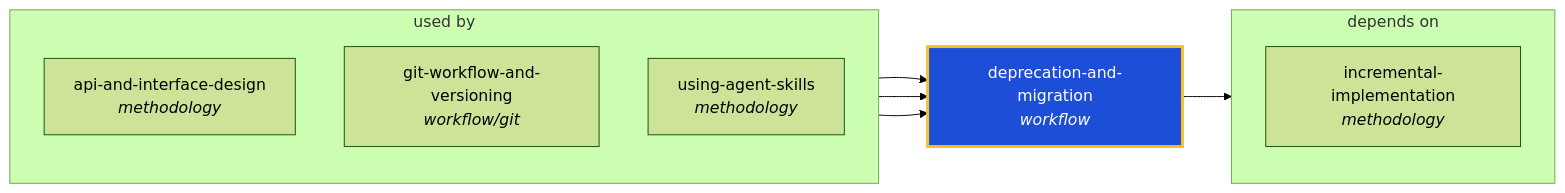
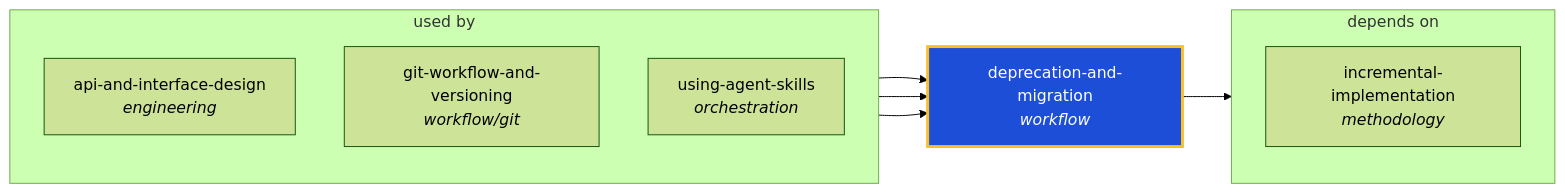
The diagram in docs/graphs/generated/deprecation-and-migration.md (ThePlenkov/skills), drawn with Mermaid (forest theme) before and after one commit. The commit also changed 76 other files, not shown here.

````diff
--- a/docs/graphs/generated/deprecation-and-migration.md
+++ b/docs/graphs/generated/deprecation-and-migration.md
@@ -22,22 +22,22 @@
 ```mermaid
 graph LR
   deprecation_and_migration["deprecation-and-migration<br/><i>workflow</i>"]
   classDef center fill:#1d4ed8,stroke:#fbbf24,stroke-width:3px,color:#fff
   class deprecation_and_migration center
 
   subgraph sg_used_by["used by"]
     direction TB
-    api_and_interface_design["api-and-interface-design<br/><i>methodology</i>"]
+    api_and_interface_design["api-and-interface-design<br/><i>engineering</i>"]
     git_workflow_and_versioning["git-workflow-and-versioning<br/><i>workflow/git</i>"]
-    using_agent_skills["using-agent-skills<br/><i>methodology</i>"]
+    using_agent_skills["using-agent-skills<br/><i>orchestration</i>"]
   end
   api_and_interface_design --> deprecation_and_migration
   git_workflow_and_versioning --> deprecation_and_migration
   using_agent_skills --> deprecation_and_migration
 
   subgraph sg_depends_on["depends on"]
     direction TB
     incremental_implementation["incremental-implementation<br/><i>methodology</i>"]
   end
   deprecation_and_migration --> incremental_implementation
 ```
````
